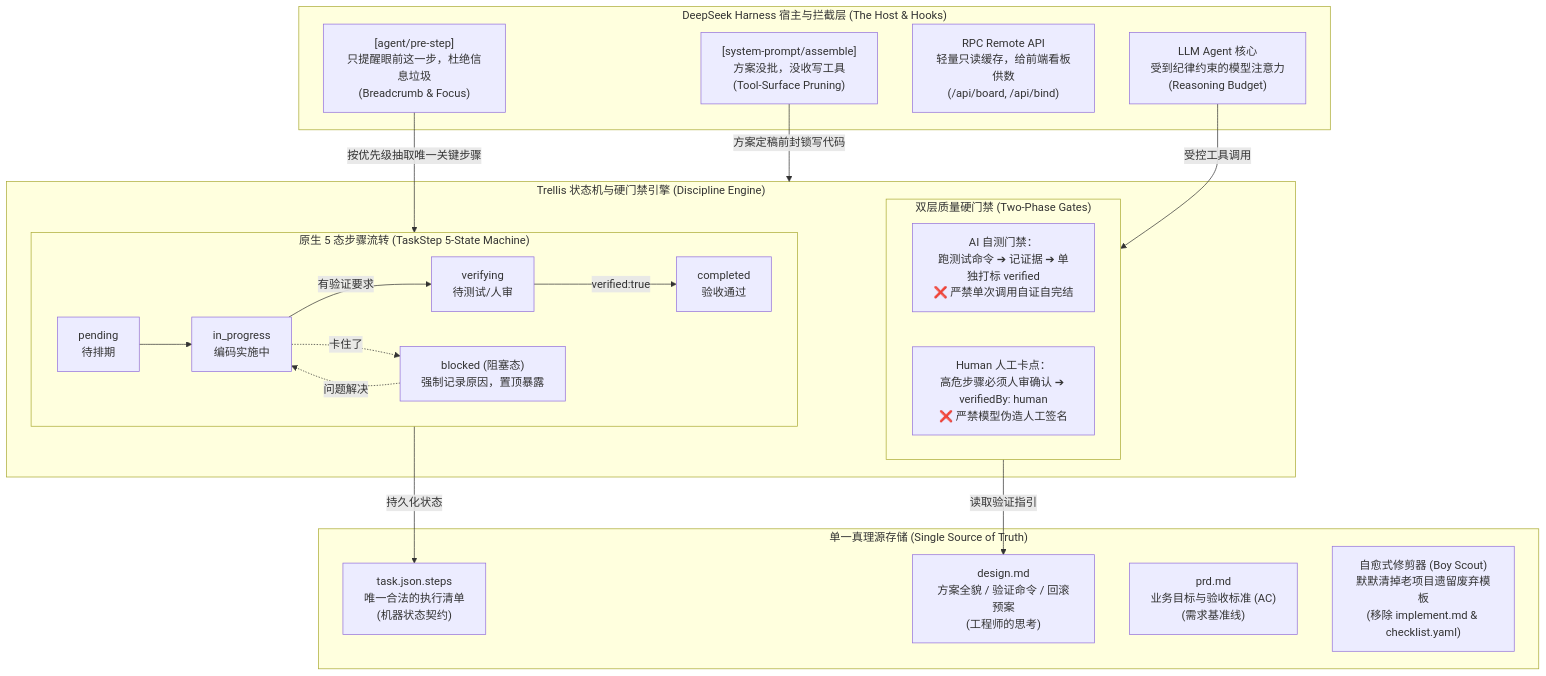
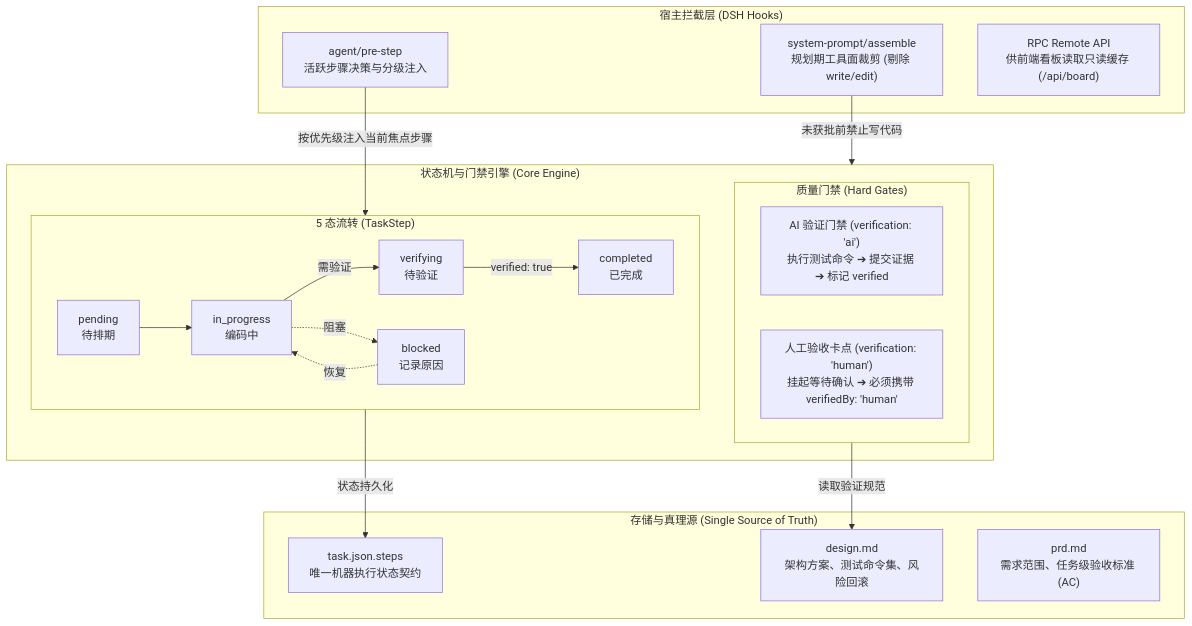
One commit to 1264459640/dsh-trellis changed the diagram in README.md. Above: the diagram before and after it, drawn with Mermaid. The commit also changed other lines of this file and 1 other file, not shown here.

Commit message:
docs: streamline READMEs with clean, concise, and professional engineering specifications

````diff
--- a/README.md
+++ b/README.md
@@ -63,37 +41,34 @@
 ```mermaid
 flowchart TD
-    subgraph Host["DeepSeek Harness 宿主与拦截层 (The Host & Hooks)"]
-        H1["[system-prompt/assemble]<br/>方案没批，没收写工具<br/>(Tool-Surface Pruning)"]
-        H2["[agent/pre-step]<br/>只提醒眼前这一步，杜绝信息垃圾<br/>(Breadcrumb & Focus)"]
-        H3["RPC Remote API<br/>轻量只读缓存，给前端看板供数<br/>(/api/board, /api/bind)"]
-        H4["LLM Agent 核心<br/>受到纪律约束的模型注意力<br/>(Reasoning Budget)"]
+    subgraph Host["宿主拦截层 (DSH Hooks)"]
+        H1["system-prompt/assemble<br/>规划期工具面裁剪 (剔除 write/edit)"]
+        H2["agent/pre-step<br/>活跃步骤决策与分级注入"]
+        H3["RPC Remote API<br/>供前端看板读取只读缓存 (/api/board)"]
     end
 
-    subgraph Engine["Trellis 状态机与硬门禁引擎 (Discipline Engine)"]
-        subgraph States["原生 5 态步骤流转 (TaskStep 5-State Machine)"]
-            S_pen["pending<br/>待排期"] --> S_inp["in_progress<br/>编码实施中"]
-            S_inp -->|"有验证要求"| S_ver["verifying<br/>待测试/人审"]
-            S_ver -->|"verified:true"| S_com["completed<br/>验收通过"]
-            S_inp -.->|"卡住了"| S_blk["blocked (阻塞态)<br/>强制记录原因，置顶暴露"]
-            S_blk -.->|"问题解决"| S_inp
+    subgraph Engine["状态机与门禁引擎 (Core Engine)"]
+        subgraph States["5 态流转 (TaskStep)"]
+            S_pen["pending<br/>待排期"] --> S_inp["in_progress<br/>编码中"]
+            S_inp -->|"需验证"| S_ver["verifying<br/>待验证"]
+            S_ver -->|"verified: true"| S_com["completed<br/>已完成"]
+            S_inp -.->|"阻塞"| S_blk["blocked<br/>记录原因"]
+            S_blk -.->|"恢复"| S_inp
         end
 
-        subgraph Gates["双层质量硬门禁 (Two-Phase Gates)"]
-            G_ai["AI 自测门禁：<br/>跑测试命令 ➔ 记证据 ➔ 单独打标 verified<br/>❌ 严禁单次调用自证自完结"]
-            G_human["Human 人工卡点：<br/>高危步骤必须人审确认 ➔ verifiedBy: human<br/>❌ 严禁模型伪造人工签名"]
+        subgraph Gates["质量门禁 (Hard Gates)"]
+            G_ai["AI 验证门禁 (verification: 'ai')<br/>执行测试命令 ➔ 提交证据 ➔ 标记 verified"]
+            G_human["人工验收卡点 (verification: 'human')<br/>挂起等待确认 ➔ 必须携带 verifiedBy: 'human'"]
         end
     end
 
-    subgraph Storage["单一真理源存储 (Single Source of Truth)"]
-        D_task["task.json.steps<br/>唯一合法的执行清单<br/>(机器状态契约)"]
-        D_design["design.md<br/>方案全貌 / 验证命令 / 回滚预案<br/>(工程师的思考)"]
-        D_prd["prd.md<br/>业务目标与验收标准 (AC)<br/>(需求基准线)"]
-        D_clean["自愈式修剪器 (Boy Scout)<br/>默默清掉老项目遗留废弃模板<br/>(移除 implement.md & checklist.yaml)"]
+    subgraph Storage["存储与真理源 (Single Source of Truth)"]
+        D_task["task.json.steps<br/>唯一机器执行状态契约"]
+        D_design["design.md<br/>架构方案、测试命令集、风险回滚"]
+        D_prd["prd.md<br/>需求范围、任务级验收标准 (AC)"]
     end
 
-    H1 -->|"方案定稿前封锁写代码"| Engine
-    H2 -->|"按优先级抽取唯一关键步骤"| States
-    H4 -->|"受控工具调用"| Gates
-    States -->|"持久化状态"| D_task
-    Gates -->|"读取验证指引"| D_design
+    H1 -->|"未获批前禁止写代码"| Engine
+    H2 -->|"按优先级注入当前焦点步骤"| States
+    States -->|"状态持久化"| D_task
+    Gates -->|"读取验证规范"| D_design
 ```
````
